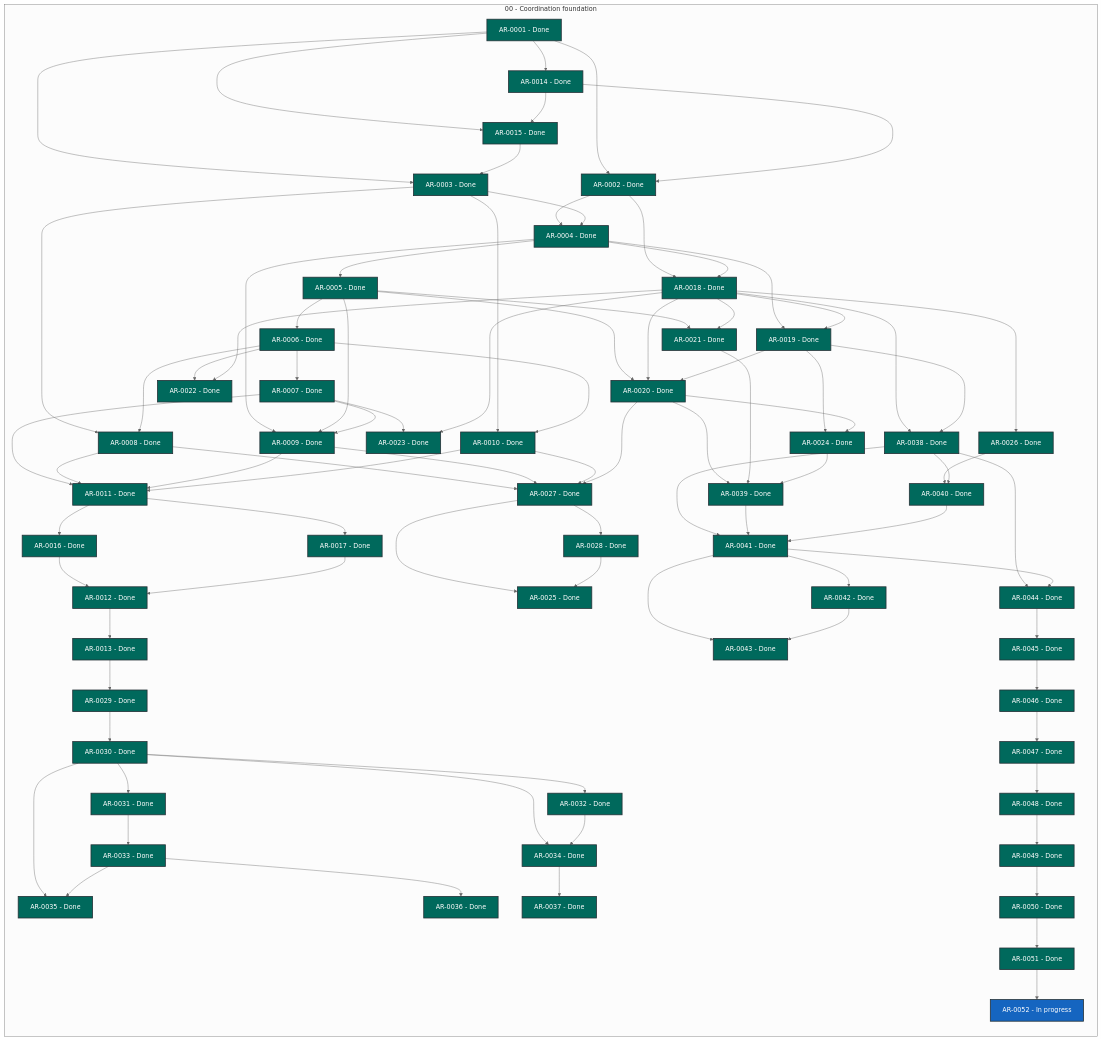
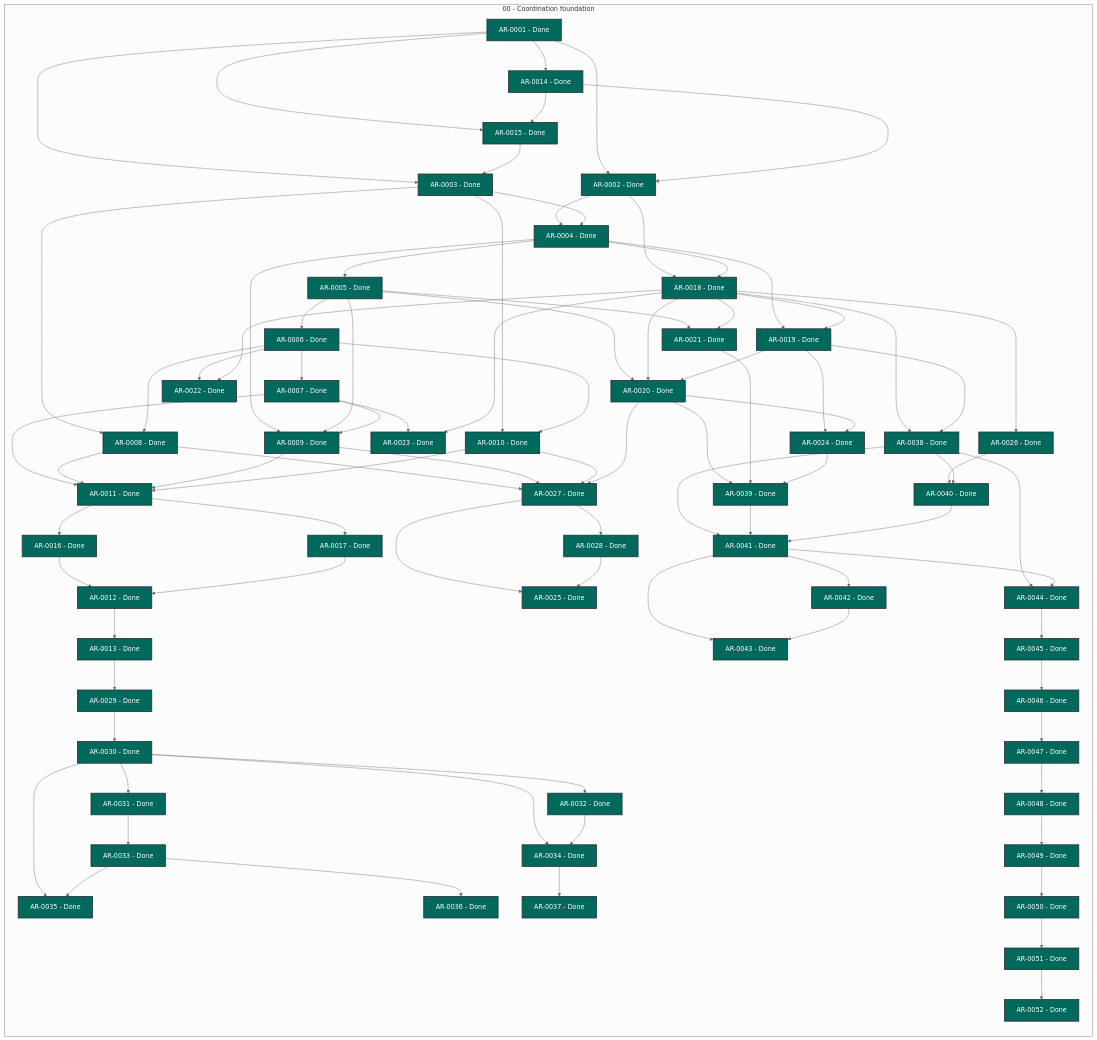
The diagram in STATUS.md (martin-beck/agent-workflow-tui-state), drawn with Mermaid (neutral theme) before and after one commit. The commit also changed other lines of this file and 2 other files, not shown here.

```diff
--- a/STATUS.md
+++ b/STATUS.md
@@ -79,7 +79,7 @@
         AR_0049["AR-0049 - Done"]:::status_done
         AR_0050["AR-0050 - Done"]:::status_done
         AR_0051["AR-0051 - Done"]:::status_done
-        AR_0052["AR-0052 - In progress"]:::status_in_progress
+        AR_0052["AR-0052 - Done"]:::status_done
     end
     AR_0001 --> AR_0002
     AR_0001 --> AR_0003
```
